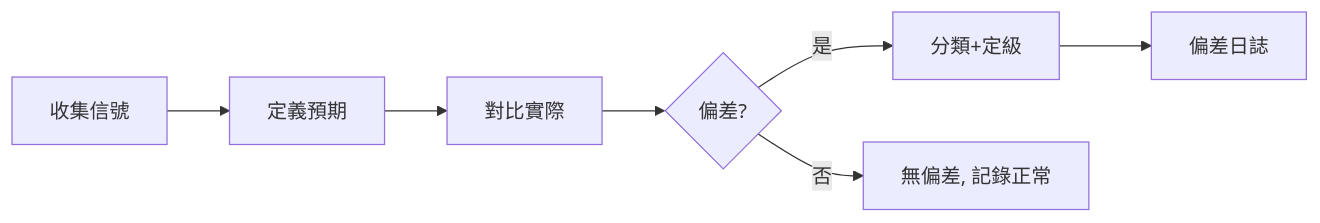
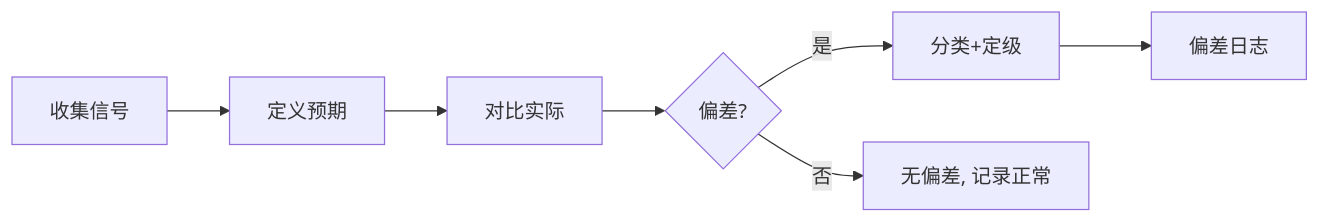
One commit to gogojaja/DevProjectTeamSkill changed the diagram in .trae/skills/dev-project-team-skill/skills/self-improve/domain/deviation-detection.md. Above: the diagram before and after it, drawn with Mermaid. The commit also changed other lines of this file and 69 other files, not shown here.

````diff
--- a/.trae/skills/dev-project-team-skill/skills/self-improve/domain/deviation-detection.md
+++ b/.trae/skills/dev-project-team-skill/skills/self-improve/domain/deviation-detection.md
@@ -20,9 +20,9 @@
 ```mermaid
 graph LR
-  A[收集信號] --> B[定義預期]
-  B --> C[對比實際]
+  A[收集信号] --> B[定义预期]
+  B --> C[对比实际]
   C --> D{偏差?}
-  D -->|是| E[分類+定級]
-  D -->|否| F[無偏差, 記錄正常]
-  E --> G[偏差日誌]
+  D -->|是| E[分类+定级]
+  D -->|否| F[无偏差, 记录正常]
+  E --> G[偏差日志]
 ```
````
